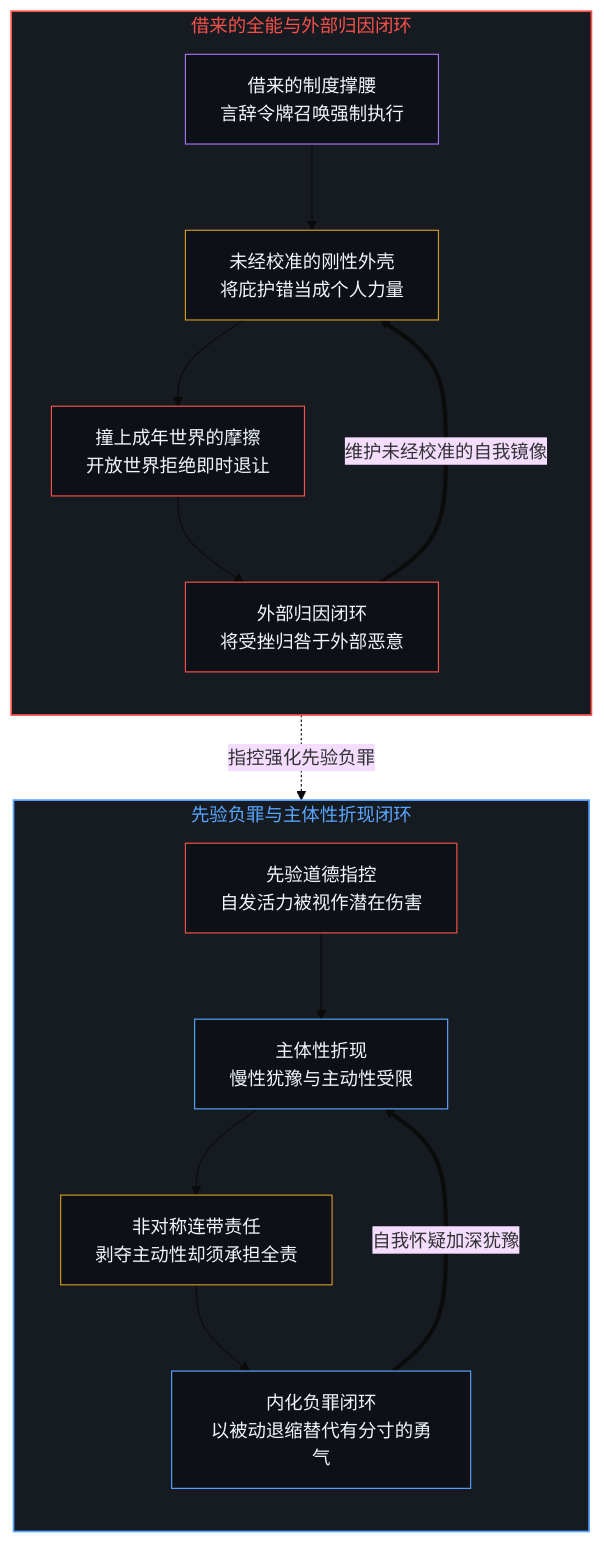
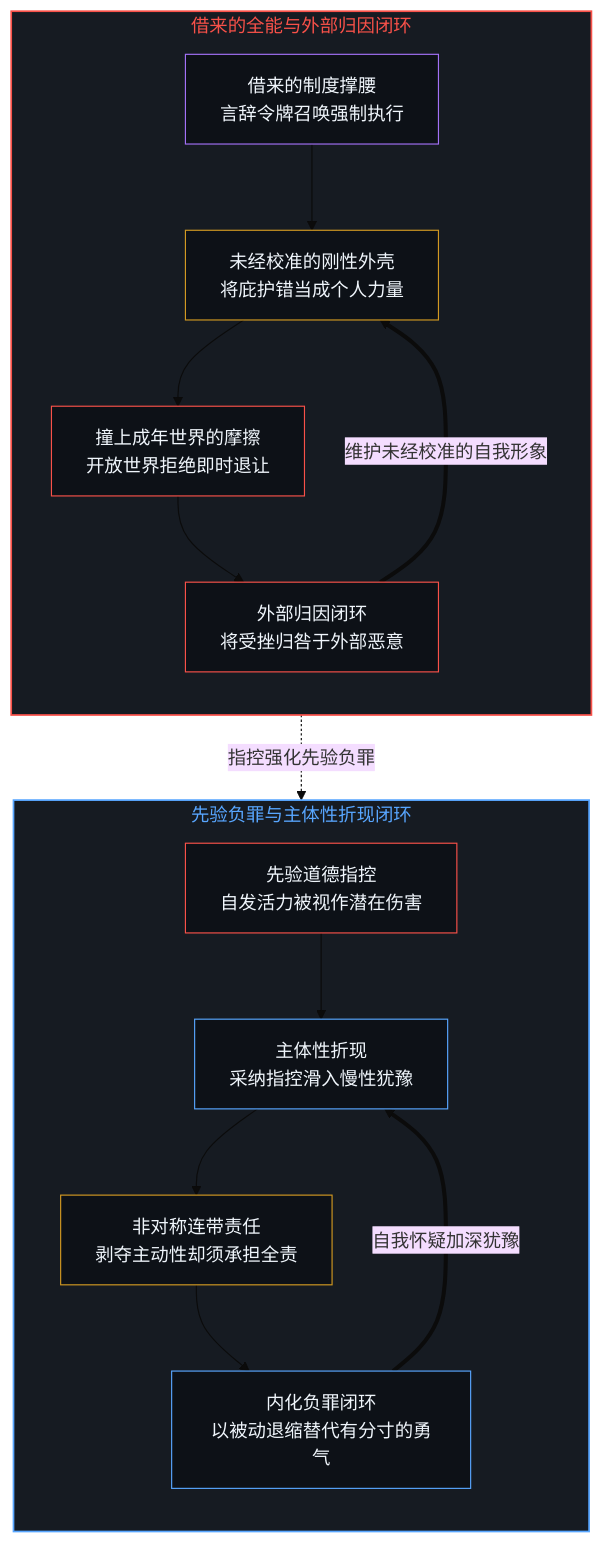
One commit to powerpig99/not-a-toe changed the fifth of 6 diagrams in content/posts/the-unfrictioned-mind-and-borrowed-omnipotence.md. Above: the diagram before and after it, drawn with Mermaid (base theme). The commit also changed other lines of this file and 4 other files, not shown here.

````diff
--- a/content/posts/the-unfrictioned-mind-and-borrowed-omnipotence.md
+++ b/content/posts/the-unfrictioned-mind-and-borrowed-omnipotence.md
@@ -143,32 +143,32 @@
 ```mermaid
 flowchart TD
   subgraph S_FEM["借来的全能与外部归因闭环"]
     direction TB
     F_BORROW["借来的制度撑腰<br/>言辞令牌召唤强制执行"]
     F_SHELL["未经校准的刚性外壳<br/>将庇护错当成个人力量"]
     F_COLLAPSE["撞上成年世界的摩擦<br/>开放世界拒绝即时退让"]
     F_ATTR["外部归因闭环<br/>将受挫归咎于外部恶意"]
     F_BORROW --> F_SHELL --> F_COLLAPSE --> F_ATTR
-    F_ATTR ==>|"维护未经校准的自我镜像"| F_SHELL
+    F_ATTR ==>|"维护未经校准的自我形象"| F_SHELL
   end
   subgraph S_MALE["先验负罪与主体性折现闭环"]
     direction TB
     M_PREEMPT["先验道德指控<br/>自发活力被视作潜在伤害"]
-    M_DISCOUNT["主体性折现<br/>慢性犹豫与主动性受限"]
+    M_DISCOUNT["主体性折现<br/>采纳指控滑入慢性犹豫"]
     M_BURDEN["非对称连带责任<br/>剥夺主动性却须承担全责"]
     M_GUILT["内化负罪闭环<br/>以被动退缩替代有分寸的勇气"]
     M_PREEMPT --> M_DISCOUNT --> M_BURDEN --> M_GUILT
     M_GUILT ==>|"自我怀疑加深犹豫"| M_DISCOUNT
   end
   F_ATTR -.->|"指控强化先验负罪"| M_PREEMPT
   style S_FEM fill:#161b22,stroke:#f85149,stroke-width:1.5px,color:#f85149
   style S_MALE fill:#161b22,stroke:#58a6ff,stroke-width:1.5px,color:#58a6ff
   style F_BORROW fill:#0d1117,stroke:#a371f7,stroke-width:1px,color:#f0f6fc
   style F_SHELL fill:#0d1117,stroke:#d29922,stroke-width:1px,color:#f0f6fc
   style F_COLLAPSE fill:#0d1117,stroke:#f85149,stroke-width:1px,color:#f0f6fc
   style F_ATTR fill:#0d1117,stroke:#f85149,stroke-width:1px,color:#f0f6fc
   style M_PREEMPT fill:#0d1117,stroke:#f85149,stroke-width:1px,color:#f0f6fc
   style M_DISCOUNT fill:#0d1117,stroke:#58a6ff,stroke-width:1px,color:#f0f6fc
   style M_BURDEN fill:#0d1117,stroke:#d29922,stroke-width:1px,color:#f0f6fc
   style M_GUILT fill:#0d1117,stroke:#58a6ff,stroke-width:1px,color:#f0f6fc
 ```
````
